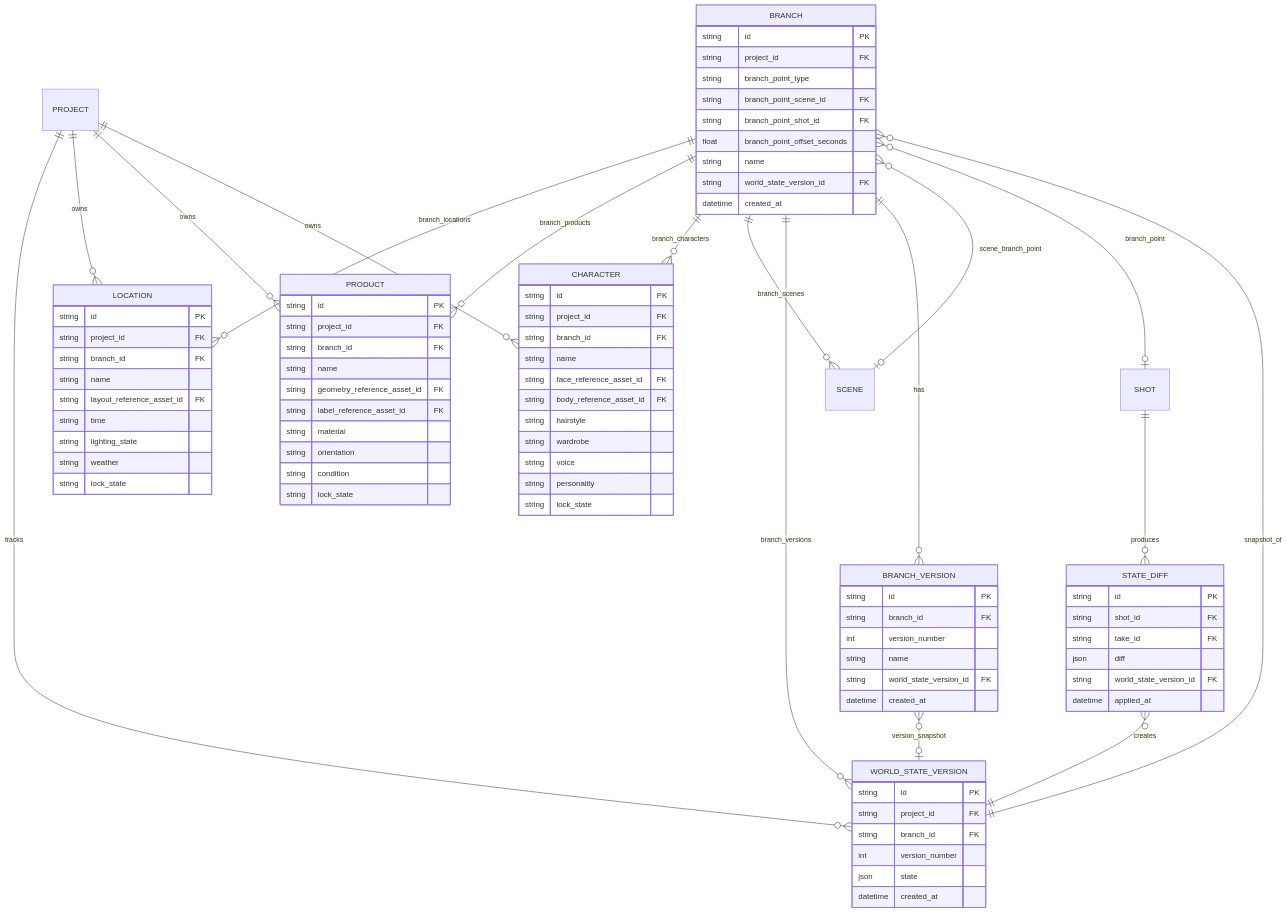
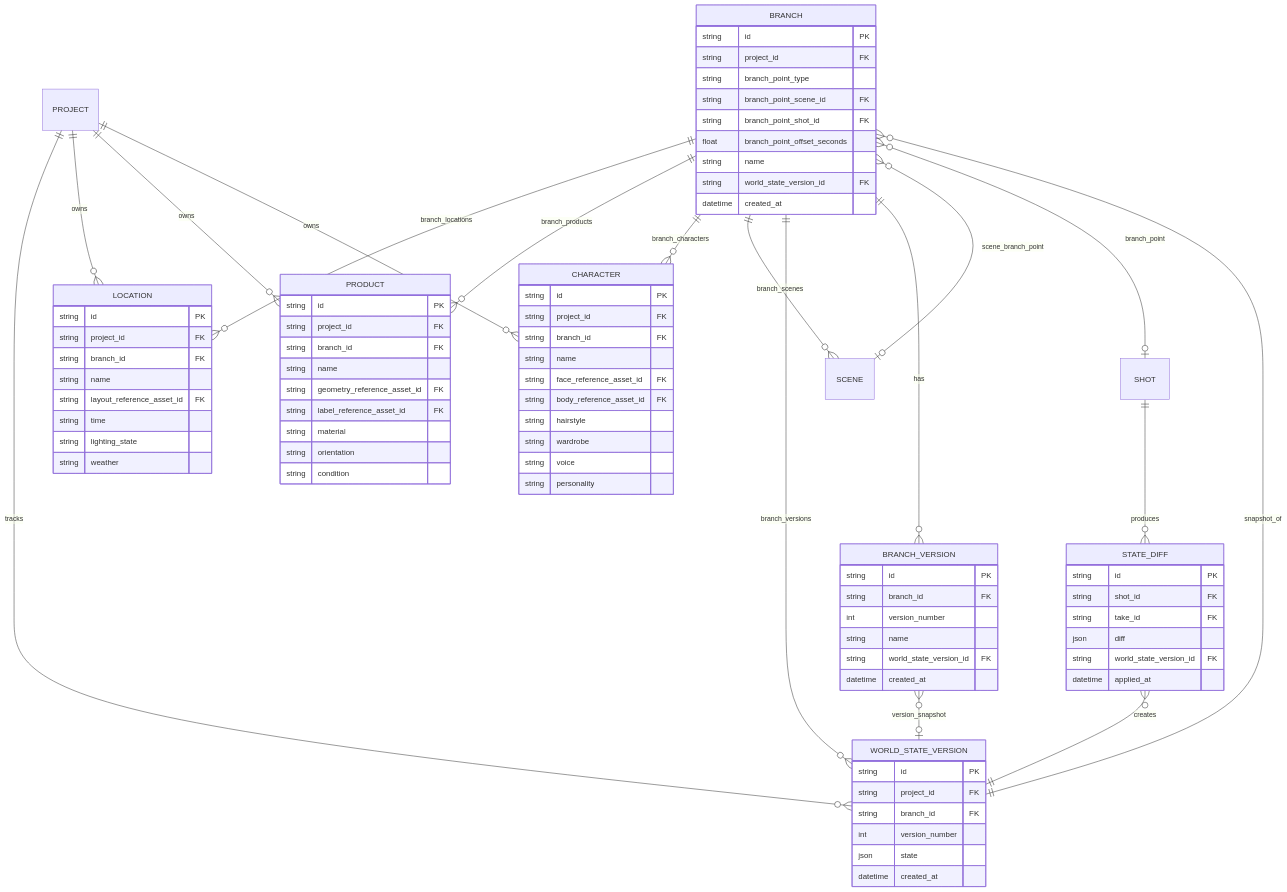
One commit to ousiassllc/mam changed the third of 5 diagrams in spec/architecture/er.md. Above: the diagram before and after it, drawn with Mermaid. The commit also changed other lines of this file, not shown here.

```diff
--- a/spec/architecture/er.md
+++ b/spec/architecture/er.md
@@ -166,7 +166,6 @@
         string wardrobe
         string voice
         string personality
-        string lock_state
     }
     PRODUCT {
         string id PK
@@ -178,7 +177,6 @@
         string material
         string orientation
         string condition
-        string lock_state
     }
     LOCATION {
         string id PK
@@ -189,7 +187,6 @@
         string time
         string lighting_state
         string weather
-        string lock_state
     }
     WORLD_STATE_VERSION {
         string id PK
```
